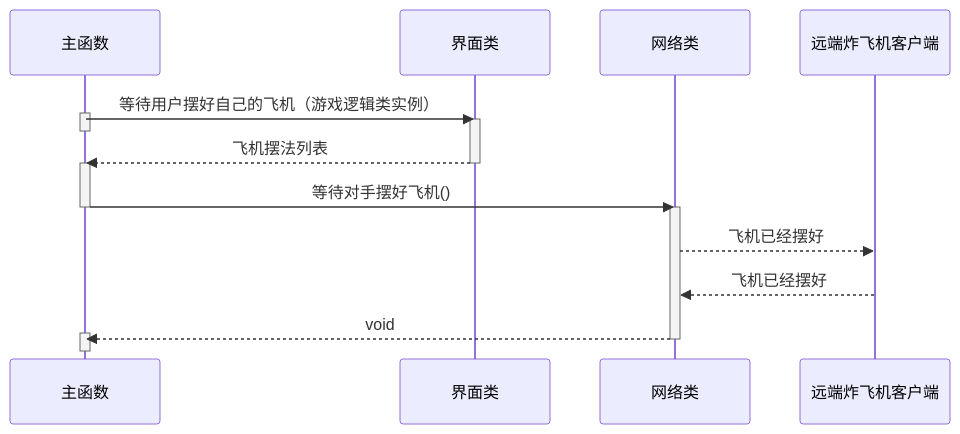
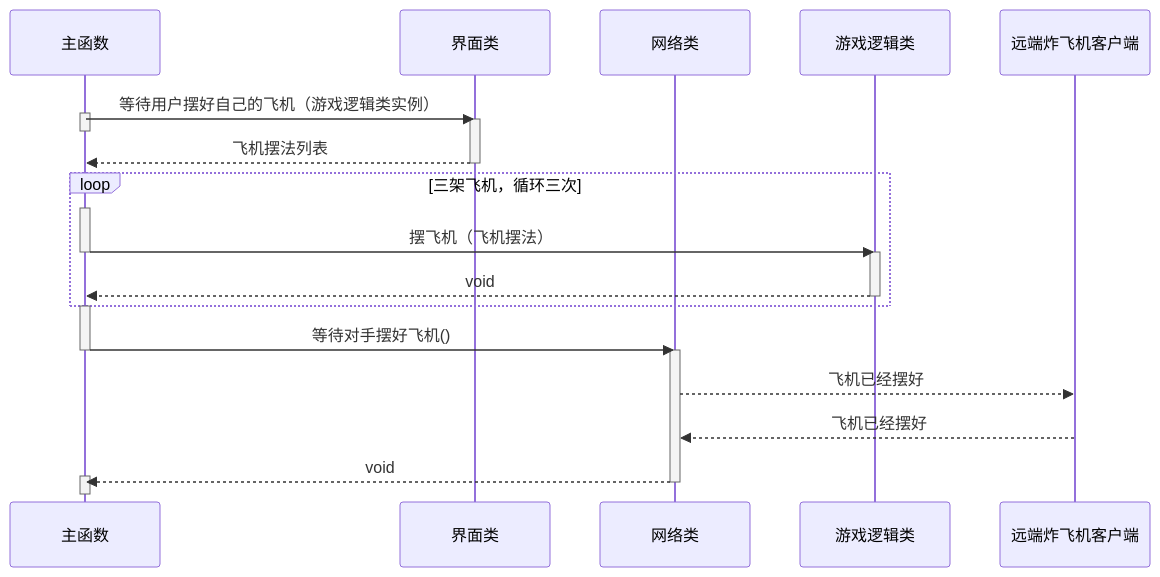
The third of 6 diagrams in README.md (li6in9muyou/bomb-airfield-game), drawn with Mermaid before and after one commit.

Commit message:
文档（游戏准备阶段）：厘清摆飞机的流程

````diff
--- a/README.md
+++ b/README.md
@@ -207,25 +207,34 @@
 ```mermaid
 sequenceDiagram
 
 participant main as 主函数
 participant ui as 界面类
 participant socket as 网络类
+participant game as 游戏逻辑类
 participant remote as 远端炸飞机客户端
 
 main ->> ui: 等待用户摆好自己的飞机（游戏逻辑类实例）
 activate main
 deactivate main
 activate ui
 ui -->> main: 飞机摆法列表
 deactivate ui
+loop 三架飞机，循环三次
+activate main
+main ->> game: 摆飞机（飞机摆法）
+deactivate main
+activate game
+game -->> main: void
+deactivate game
+end
 activate main
 main ->> socket: 等待对手摆好飞机()
 deactivate main
 activate socket
 socket -->> remote: 飞机已经摆好
 remote -->> socket: 飞机已经摆好
 socket -->> main: void
 deactivate socket
 activate main
 deactivate main
 ```
````
